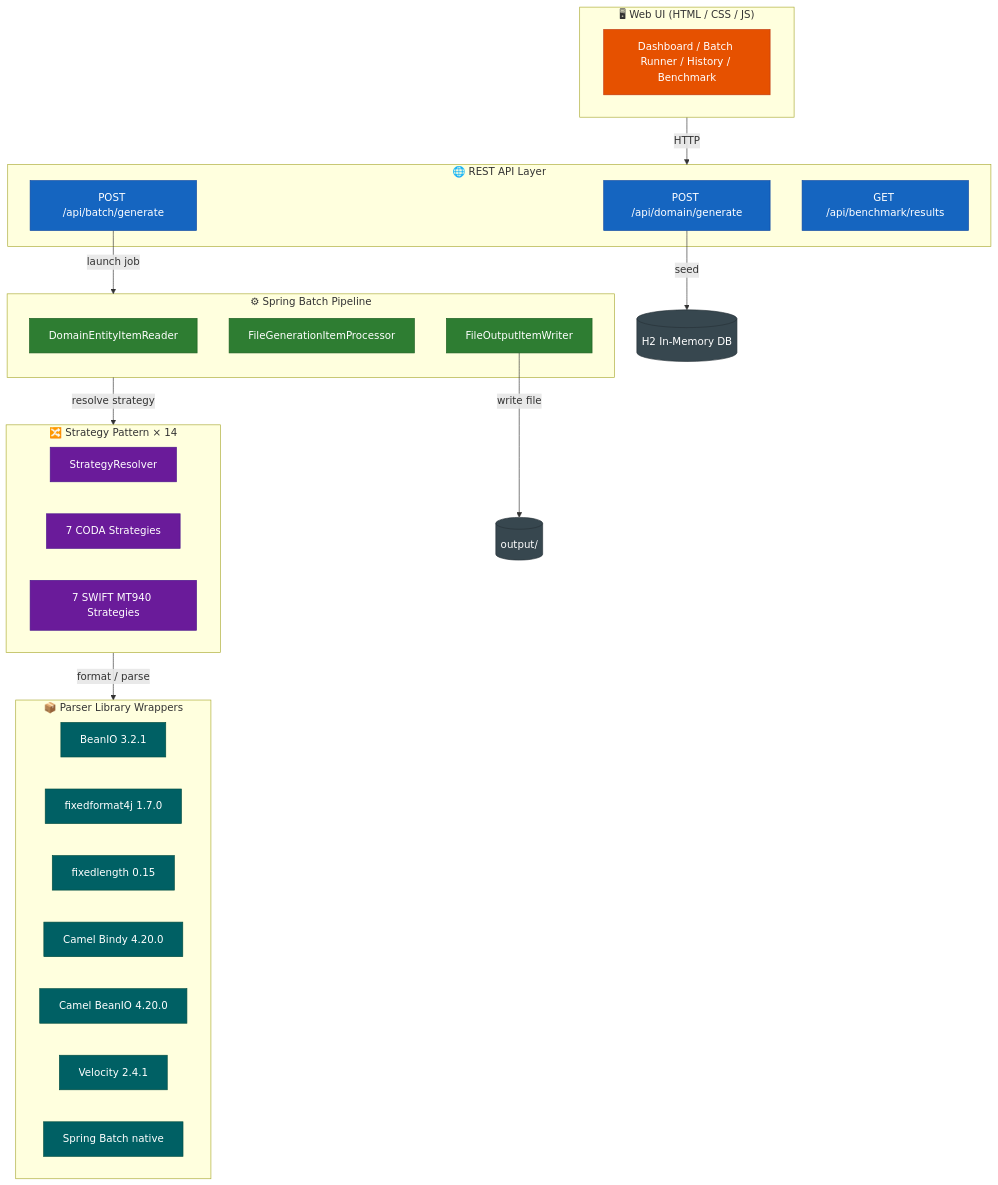
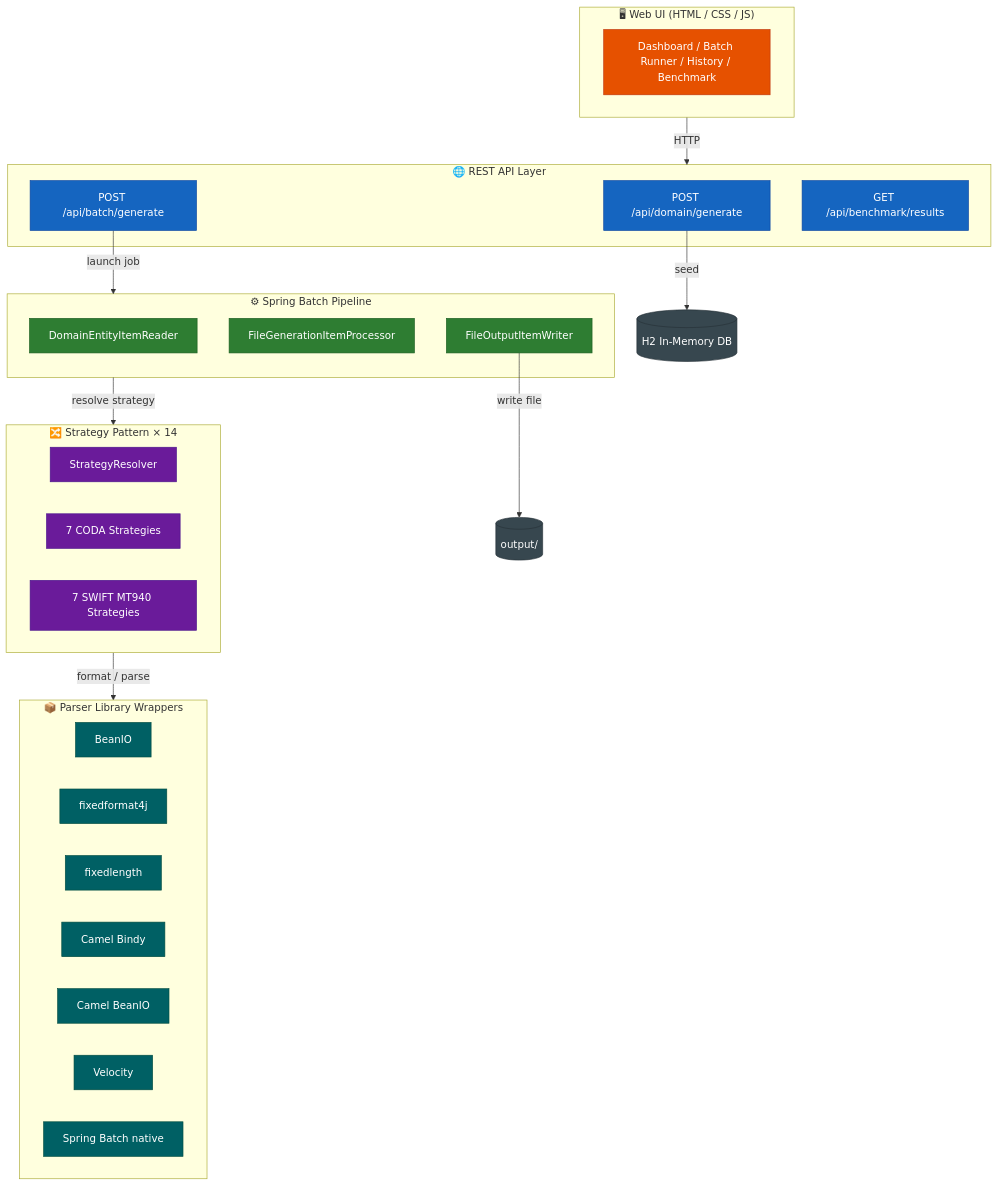
One commit to wallaceespindola/fixed-length-converters changed the diagram in README.md. Above: the diagram before and after it, drawn with Mermaid. The commit also changed other lines of this file and 2 other files, not shown here.

First line of the commit message:
docs: remove library version numbers from diagrams and README

````diff
--- a/README.md
+++ b/README.md
@@ -38,51 +38,51 @@
 ```mermaid
 graph TB
     classDef frontendStyle fill:#e65100,stroke:#bf360c,color:#fff
     classDef apiStyle fill:#1565c0,stroke:#0d47a1,color:#fff
     classDef batchStyle fill:#2e7d32,stroke:#1b5e20,color:#fff
     classDef strategyStyle fill:#6a1b9a,stroke:#4a148c,color:#fff
     classDef parserStyle fill:#006064,stroke:#004d40,color:#fff
     classDef storageStyle fill:#37474f,stroke:#263238,color:#fff
 
     subgraph Frontend["🖥 Web UI (HTML / CSS / JS)"]
         UI[Dashboard / Batch Runner / History / Benchmark]
     end
     subgraph API["🌐 REST API Layer"]
         DC[POST /api/domain/generate]
         BC[POST /api/batch/generate]
         BNC[GET /api/benchmark/results]
     end
     subgraph Batch["⚙ Spring Batch Pipeline"]
         READER[DomainEntityItemReader]
         PROC[FileGenerationItemProcessor]
         WRITER[FileOutputItemWriter]
     end
     subgraph Strategy["🔀 Strategy Pattern × 14"]
         SR[StrategyResolver]
         C7[7 CODA Strategies]
         S7[7 SWIFT MT940 Strategies]
     end
     subgraph Parsers["📦 Parser Library Wrappers"]
-        BIO[BeanIO 3.2.1]
-        FF4J[fixedformat4j 1.7.0]
-        VL[fixedlength 0.15]
-        BINDY[Camel Bindy 4.20.0]
-        CBIO[Camel BeanIO 4.20.0]
-        VEL[Velocity 2.4.1]
+        BIO[BeanIO]
+        FF4J[fixedformat4j]
+        VL[fixedlength]
+        BINDY[Camel Bindy]
+        CBIO[Camel BeanIO]
+        VEL[Velocity]
         SB[Spring Batch native]
     end
 
     Frontend -->|HTTP| API
     DC -->|seed| H2[(H2 In-Memory DB)]
     BC -->|launch job| Batch
     Batch -->|resolve strategy| Strategy
     Strategy -->|format / parse| Parsers
     WRITER -->|write file| output[(output/)]
 
     class UI frontendStyle
     class DC,BC,BNC apiStyle
     class READER,PROC,WRITER batchStyle
     class SR,C7,S7 strategyStyle
     class BIO,FF4J,VL,BINDY,CBIO,VEL,SB parserStyle
     class H2,output storageStyle
 ```
````
